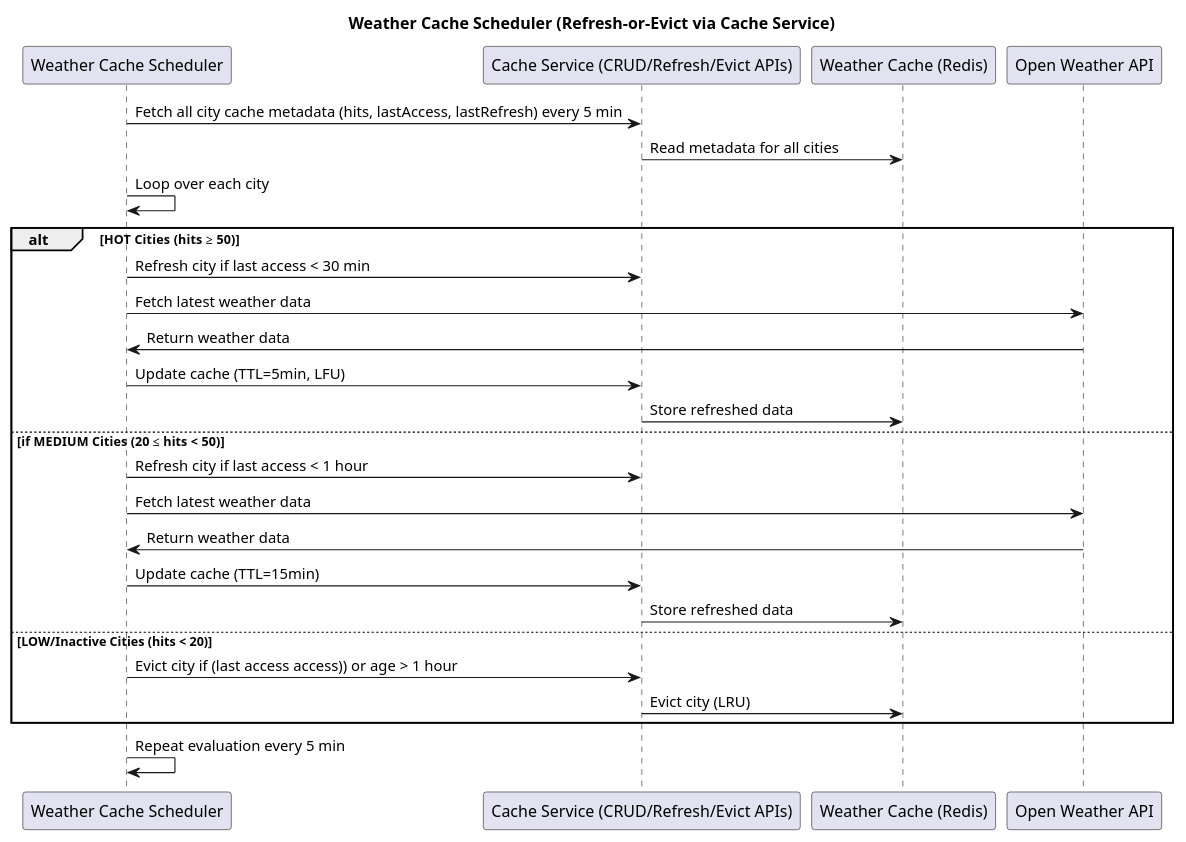
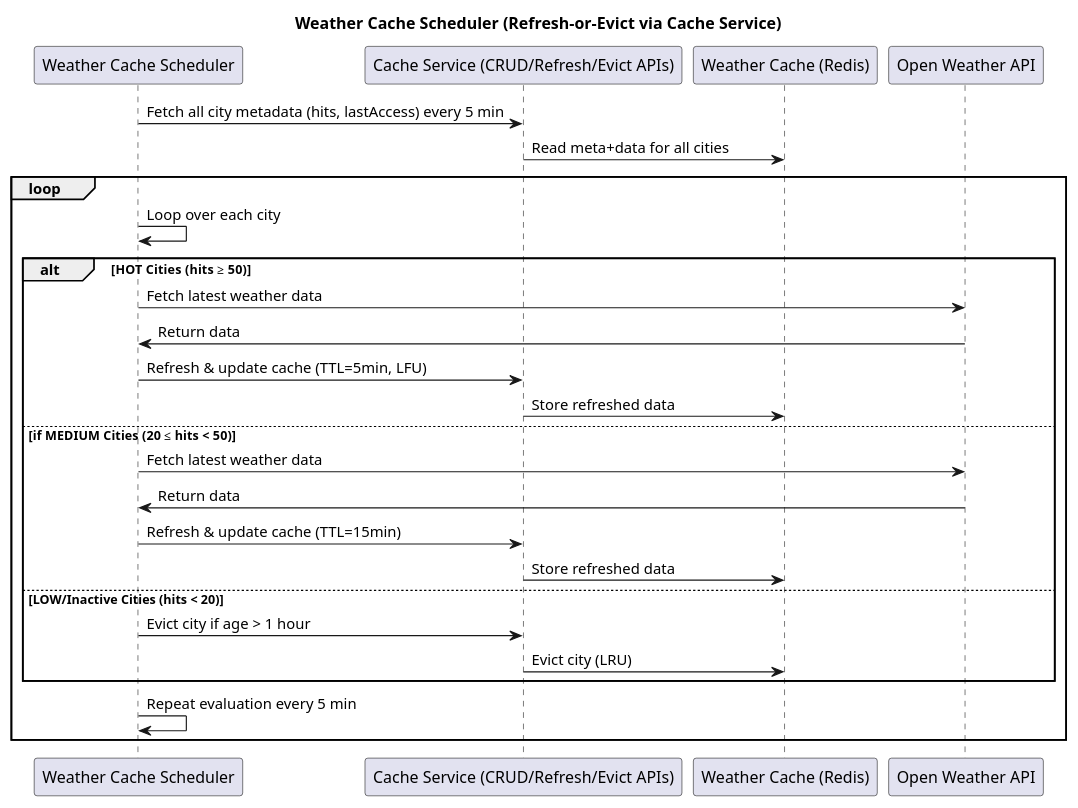
One commit to shivamnamdeo0101/weather-app changed the diagram in SequnceSchedularDig.puml. Above: the diagram before and after it, drawn with PlantUML.

Commit message:
Schedular UML Added

```diff
--- a/SequnceSchedularDig.puml
+++ b/SequnceSchedularDig.puml
@@ -1,31 +1,33 @@
 @startuml
 title Weather Cache Scheduler (Refresh-or-Evict via Cache Service)
 
 participant "Weather Cache Scheduler" as scheduler
 participant "Cache Service (CRUD/Refresh/Evict APIs)" as service
 participant "Weather Cache (Redis)" as cache
 participant "Open Weather API" as api
 
-scheduler -> service: Fetch all city cache metadata (hits, lastAccess, lastRefresh) every 5 min
-service -> cache: Read metadata for all cities
+scheduler -> service: Fetch all city metadata (hits, lastAccess) every 5 min
+service -> cache: Read meta+data for all cities
 
-scheduler -> scheduler: Loop over each city
-alt HOT Cities (hits ≥ 50)
-    scheduler -> service: Refresh city if last access < 30 min
-    scheduler -> api: Fetch latest weather data
-    api -> scheduler: Return weather data
-    scheduler -> service: Update cache (TTL=5min, LFU)
-    service -> cache: Store refreshed data
-else if MEDIUM Cities (20 ≤ hits < 50)
-    scheduler -> service: Refresh city if last access < 1 hour
-    scheduler -> api: Fetch latest weather data
-    api -> scheduler: Return weather data
-    scheduler -> service: Update cache (TTL=15min)
-    service -> cache: Store refreshed data
-else LOW/Inactive Cities (hits < 20)
-    scheduler -> service: Evict city if (last access access)) or age > 1 hour
-    service -> cache: Evict city (LRU)
+loop
+    scheduler -> scheduler: Loop over each city
+
+    alt HOT Cities (hits ≥ 50)
+        scheduler -> api: Fetch latest weather data
+        api -> scheduler: Return data
+        scheduler -> service: Refresh & update cache (TTL=5min, LFU)
+        service -> cache: Store refreshed data
+    else if MEDIUM Cities (20 ≤ hits < 50)
+        scheduler -> api: Fetch latest weather data
+        api -> scheduler: Return data
+        scheduler -> service: Refresh & update cache (TTL=15min)
+        service -> cache: Store refreshed data
+    else LOW/Inactive Cities (hits < 20)
+        scheduler -> service: Evict city if age > 1 hour
+        service -> cache: Evict city (LRU)
+    end
+scheduler -> scheduler: Repeat evaluation every 5 min
+
 end
 
-scheduler -> scheduler: Repeat evaluation every 5 min
 @enduml
```
